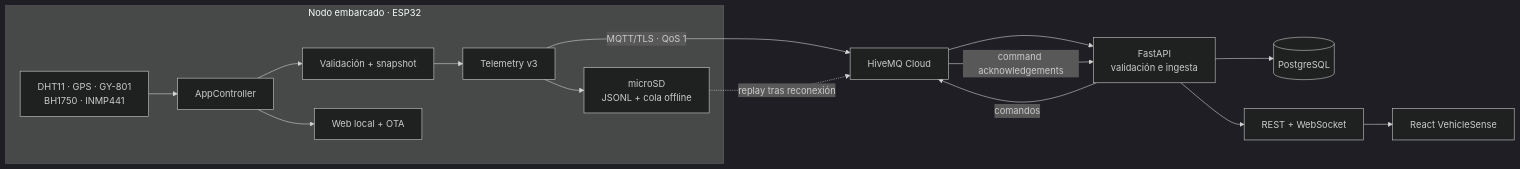
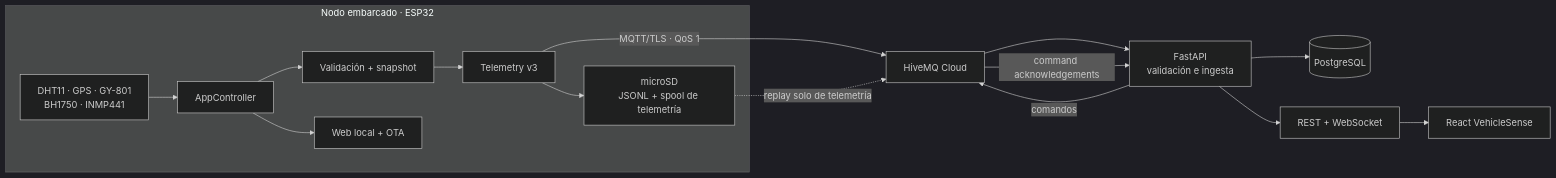
One commit to PatricioV1207/Multisensory-Device changed the diagram in README.md. Above: the diagram before and after it, drawn with Mermaid (dark theme). The commit also changed other lines of this file and 29 other files, not shown here.

````diff
--- a/README.md
+++ b/README.md
@@ -89,19 +96,19 @@
 ```mermaid
 flowchart LR
     subgraph VEH["Nodo embarcado · ESP32"]
         SENS["DHT11 · GPS · GY-801<br/>BH1750 · INMP441"] --> APP["AppController"]
         APP --> VALID["Validación + snapshot"]
         VALID --> JSON["Telemetry v3"]
-        JSON --> SD["microSD<br/>JSONL + cola offline"]
+        JSON --> SD["microSD<br/>JSONL + spool de telemetría"]
         APP --> LOCAL["Web local + OTA"]
     end
 
     JSON -->|"MQTT/TLS · QoS 1"| BROKER["HiveMQ Cloud"]
-    SD -.->|"replay tras reconexión"| BROKER
+    SD -.->|"replay solo de telemetría"| BROKER
     BROKER --> API["FastAPI<br/>validación e ingesta"]
     API --> DB[("PostgreSQL")]
     API --> LIVE["REST + WebSocket"]
     LIVE --> WEB["React VehicleSense"]
     API -->|"comandos"| BROKER
     BROKER -->|"command acknowledgements"| API
 ```
````
